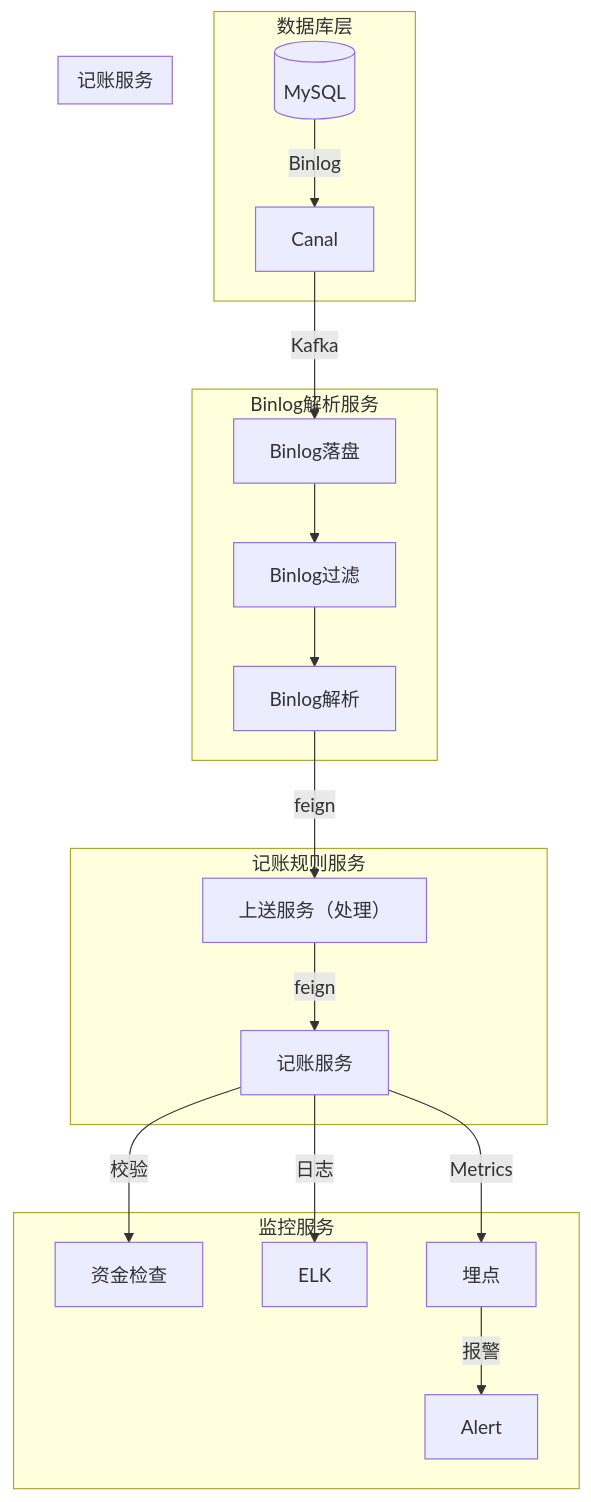
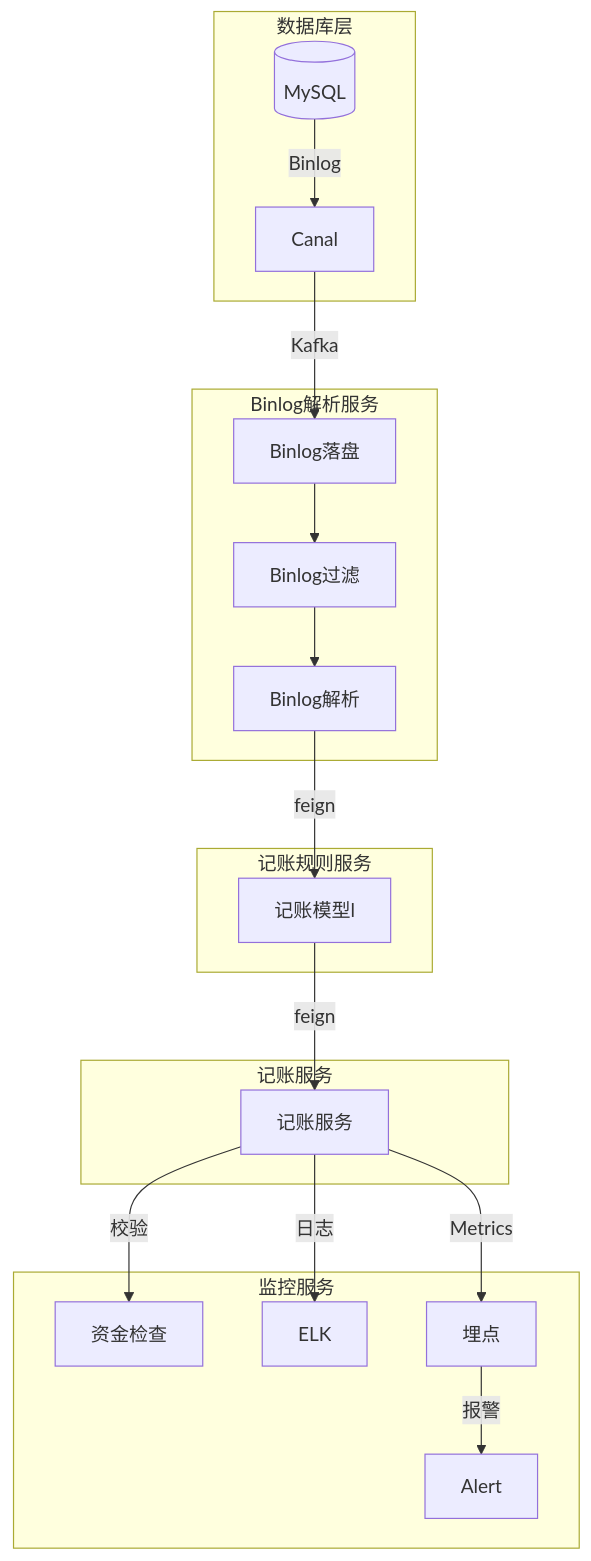
One commit to 87828943/iodraw-files changed the diagram in all/记账架构图.md. Above: the diagram before and after it, drawn with Mermaid.

Commit message:
2025-07-07 14:45:20 update

````diff
--- a/all/记账架构图.md
+++ b/all/记账架构图.md
@@ -1,24 +1,24 @@
 ```mermaid
 graph TB
     subgraph 数据库层
         DB[(MySQL)] -->|Binlog| Canal
     end
     subgraph Binlog解析服务
         Canal -->|Kafka| Binlog[Binlog落盘]
         Binlog --> Binlog1[Binlog过滤]
         Binlog1 --> Binlog2[Binlog解析]
     end
     subgraph 记账规则服务
-        Binlog2 -->|feign| AccountingRule[上送服务（处理）]
-        AccountingRule -->|feign| Accounting[记账服务]
+        Binlog2 -->|feign| AccountingRule[记账模型l]
+        
     end
     subgraph 记账服务
-       
+       AccountingRule -->|feign| Accounting[记账服务]
     end
     subgraph 监控服务
         Accounting --> |校验| 资金检查
         Accounting -->|日志| ELK
         Accounting -->|Metrics| 埋点
         埋点 -->|报警| Alert
     end
 ```
````
